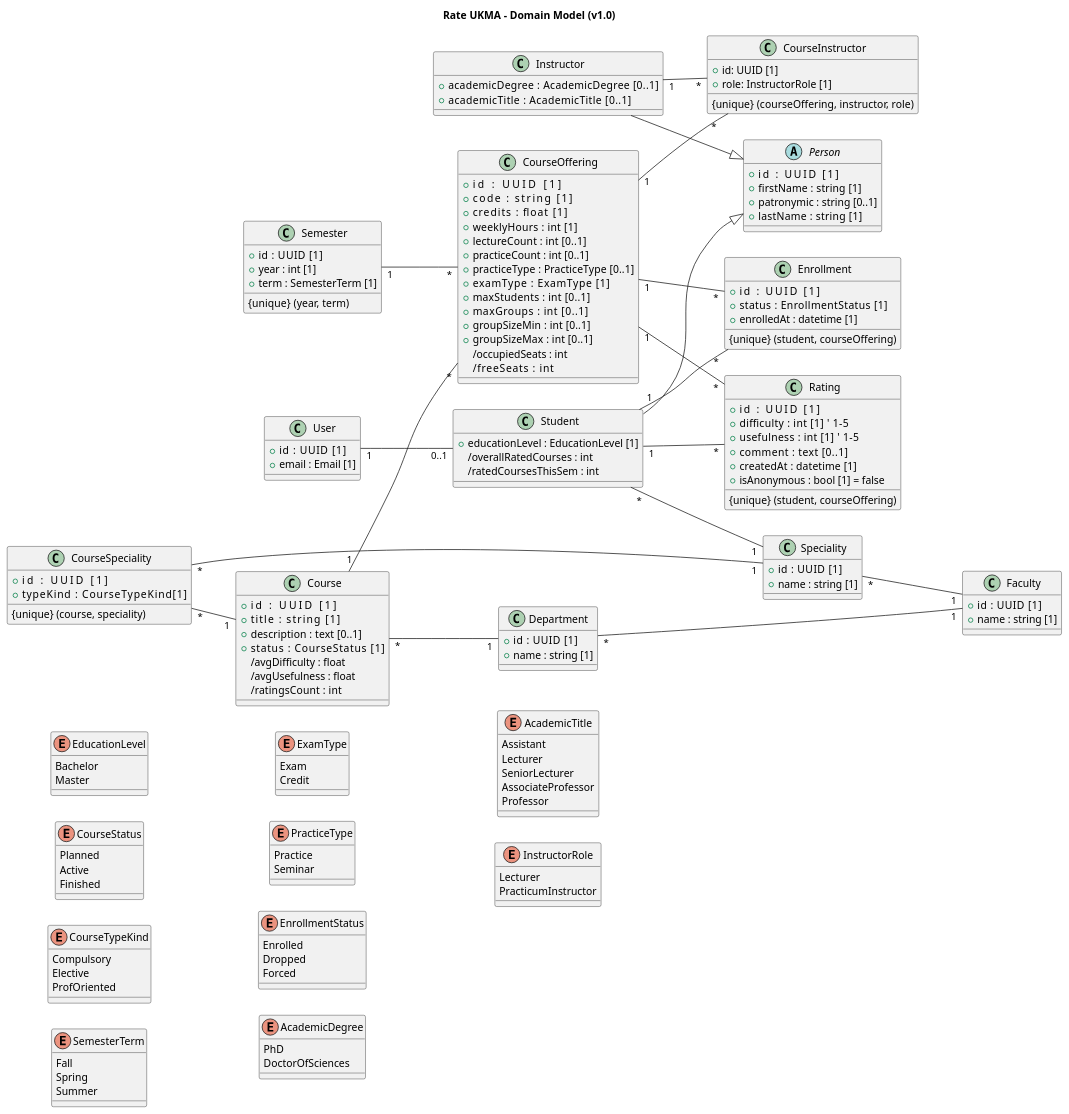
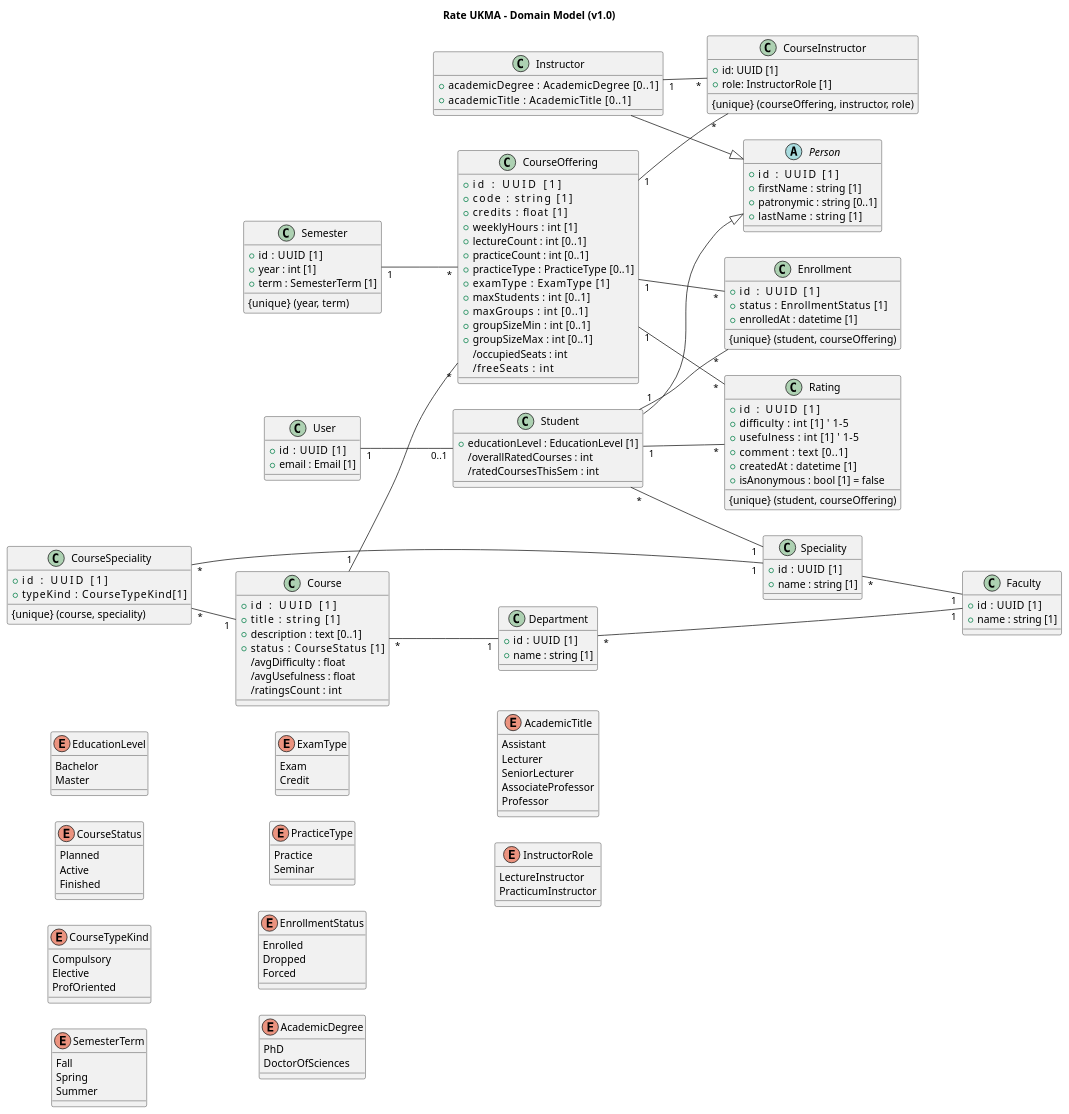
One commit to ukma-cs-ssdm-2025/rate-ukma changed the diagram in docs/architecture/uml/domain-model.puml. Above: the diagram before and after it, drawn with PlantUML.

Commit message:
docs(#86): rename Lecturer to LectureInstructor in UML

```diff
--- a/docs/architecture/uml/domain-model.puml
+++ b/docs/architecture/uml/domain-model.puml
@@ -1,180 +1,180 @@
 @startuml core-domain-model
 title Rate UKMA – Domain Model (v1.0)
 left to right direction
 
 class User {
   +id    : UUID [1]
   +email : Email [1]
 }
 
 abstract class Person {
   +id         : UUID [1]
   +firstName  : string [1]
   +patronymic : string [0..1]
   +lastName   : string [1]
 }
 
 class Student {
   +educationLevel : EducationLevel [1]
   /overallRatedCourses : int
   /ratedCoursesThisSem : int
 }
 User "1" -- "0..1" Student
 Student "*" -- "1" Speciality
 Student --|> Person
 
 class Instructor {
   +academicDegree     : AcademicDegree [0..1]
   +academicTitle      : AcademicTitle [0..1]
 }
 Instructor --|> Person
 
 class Faculty {
   +id   : UUID [1]
   +name : string [1]
 }
 
 class Department {
   +id   : UUID [1]
   +name : string [1]
 }
 Department "*" -- "1" Faculty
 
 class Speciality {
   +id   : UUID [1]
   +name : string [1]
 }
 Speciality "*" -- "1" Faculty
 
 class Course {
   +id           : UUID [1]
   +title        : string [1]
   +description  : text [0..1]
   +status       : CourseStatus [1]
   /avgDifficulty : float
   /avgUsefulness : float
   /ratingsCount  : int
 }
 Course "*" -- "1" Department
 
 class CourseSpeciality {
   +id           : UUID [1]
   +typeKind         : CourseTypeKind[1]
   {unique} (course, speciality)
 }
 CourseSpeciality "*" -- "1" Course
 CourseSpeciality "*" -- "1" Speciality
 
 class Semester {
   +id   : UUID [1]
   +year : int [1]
   +term : SemesterTerm [1]
   {unique} (year, term)
 }
 
 class CourseOffering {
   +id            : UUID [1]
   +code          : string [1]
   +credits       : float [1]
   +weeklyHours   : int [1]
   +lectureCount  : int [0..1]
   +practiceCount : int [0..1]
   +practiceType  : PracticeType [0..1]
   +examType      : ExamType [1]
   +maxStudents   : int [0..1]
   +maxGroups     : int [0..1]
   +groupSizeMin  : int [0..1]
   +groupSizeMax  : int [0..1]
   /occupiedSeats : int
   /freeSeats     : int
 }
 Course "1"   -- "*" CourseOffering
 Semester "1" -- "*" CourseOffering
 
 class CourseInstructor {
   +id: UUID [1]
   +role: InstructorRole [1]
   {unique} (courseOffering, instructor, role)
 }
 CourseOffering "1" -- "*" CourseInstructor
 Instructor "1" -- "*" CourseInstructor
 
 class Enrollment {
   +id         : UUID [1]
   +status     : EnrollmentStatus [1]
   +enrolledAt : datetime [1]
   {unique} (student, courseOffering)
 }
 Student "1"        -- "*" Enrollment
 CourseOffering "1" -- "*" Enrollment
 
 class Rating {
   +id         : UUID [1]
   +difficulty : int [1]    ' 1–5
   +usefulness : int [1]    ' 1–5
   +comment    : text [0..1]
   +createdAt  : datetime [1]
   +isAnonymous : bool [1] = false
   {unique} (student, courseOffering)
 }
 Student "1" -- "*" Rating
 CourseOffering  "1" -- "*" Rating
 
 enum EducationLevel {
   Bachelor
   Master
 }
 
 enum CourseStatus {
   Planned
   Active
   Finished
 }
 
 enum CourseTypeKind {
   Compulsory
   Elective
   ProfOriented
 }
 
 enum SemesterTerm {
   Fall
   Spring
   Summer
 }
 
 enum ExamType {
   Exam
   Credit
 }
 
 enum PracticeType {
   Practice
   Seminar
 }
 
 enum EnrollmentStatus {
   Enrolled
   Dropped
   Forced
 }
 
 enum AcademicDegree {
   PhD
   DoctorOfSciences
 }
 
 enum AcademicTitle {
   Assistant
   Lecturer
   SeniorLecturer
   AssociateProfessor   
   Professor            
 }
 
 enum InstructorRole {
-  Lecturer
+  LectureInstructor
   PracticumInstructor
 }
 
 @enduml
```
